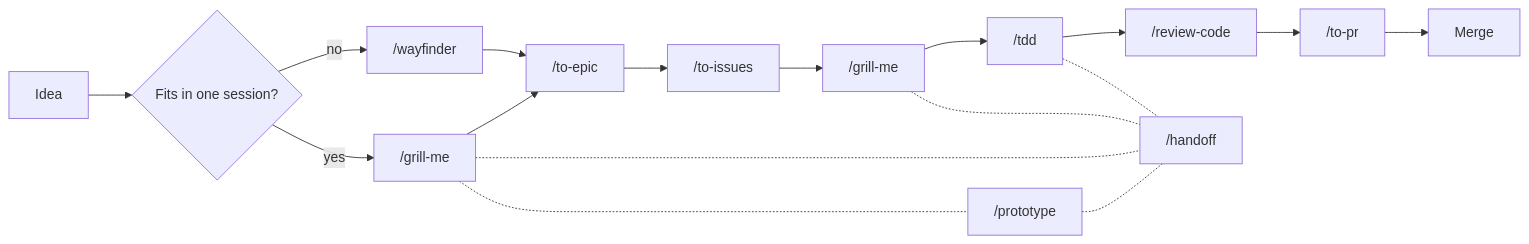
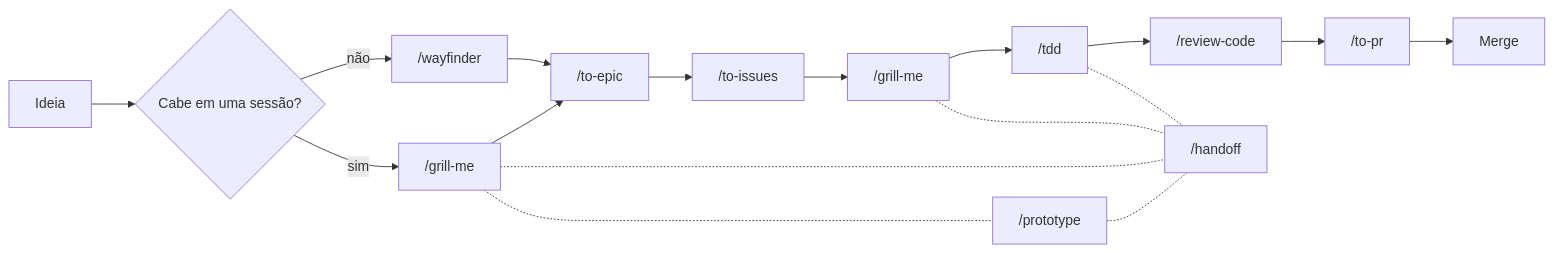
Before and after one commit to Franco904/skills: the diagram in README.md, drawn with Mermaid. The commit also changed other lines of this file, not shown here.

````diff
--- a/README.md
+++ b/README.md
@@ -53,20 +53,20 @@
 ```mermaid
 flowchart LR
-    A[Idea] --> Z{Fits in one session?}
-    Z -- yes --> B["/grill-me"]
-    Z -- no --> W["/wayfinder"]
+    A[Ideia] --> Z{Cabe em uma sessão?}
+    Z -- sim --> B["/grill-me"]
+    Z -- não --> W["/wayfinder"]
     B --> C["/to-epic"]
     W --> C
     C --> D["/to-issues"]
     D --> E["/grill-me"]
     E --> G["/tdd"]
     G --> I["/review-code"]
     I --> J["/to-pr"]
     J --> K[Merge]
 
     B -.- P["/prototype"]
     P -.- L["/handoff"]
     B -.- L
     E -.- L
     G -.- L
 ```
````
